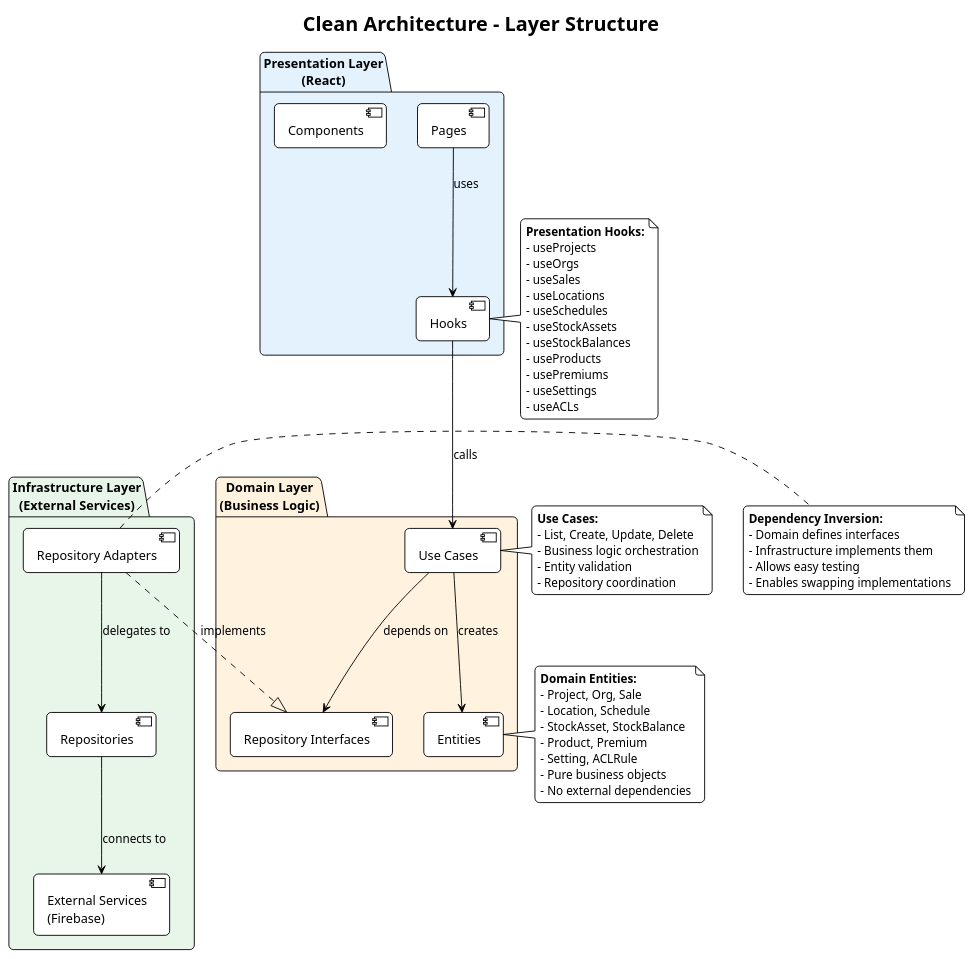
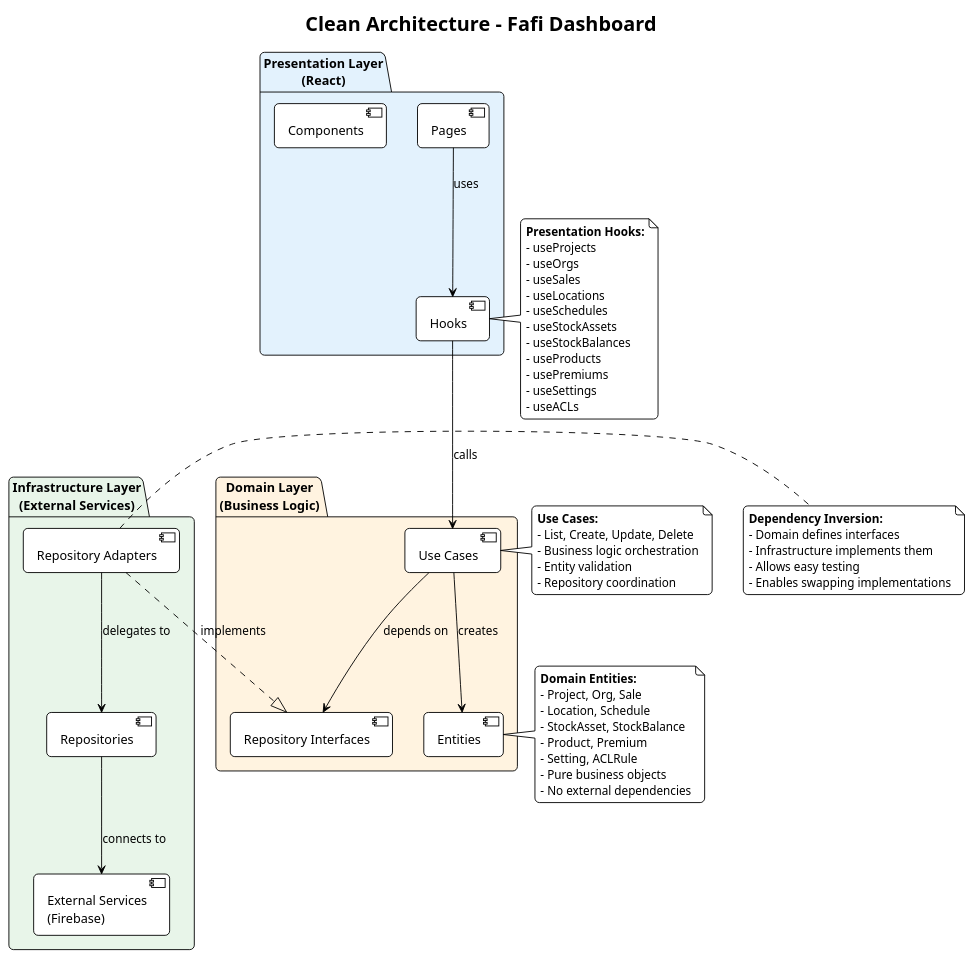
Before and after one commit to doanxuandong/fafi_dashboard: the diagram in docs/clean-architecture-layers.puml, drawn with PlantUML. The commit also changed 15 other files, not shown here.

```diff
--- a/docs/clean-architecture-layers.puml
+++ b/docs/clean-architecture-layers.puml
@@ -1,76 +1,76 @@
 @startuml Clean Architecture Layers
 !theme plain
 skinparam backgroundColor #FFFFFF
 skinparam roundcorner 10
 
-title Clean Architecture - Layer Structure
+title Clean Architecture - Fafi Dashboard
 
 package "Presentation Layer\n(React)" #E3F2FD {
     [Pages] as pages
     [Hooks] as hooks
     [Components] as components
 }
 
 package "Domain Layer\n(Business Logic)" #FFF3E0 {
     [Entities] as entities
     [Use Cases] as usecases
     [Repository Interfaces] as interfaces
 }
 
 package "Infrastructure Layer\n(External Services)" #E8F5E9 {
     [Repository Adapters] as adapters
     [Repositories] as repos
     [External Services\n(Firebase)] as external
 }
 
 pages --> hooks : uses
 hooks --> usecases : calls
 usecases --> entities : creates
 usecases --> interfaces : depends on
 adapters ..|> interfaces : implements
 adapters --> repos : delegates to
 repos --> external : connects to
 
 note right of hooks
   **Presentation Hooks:**
   - useProjects
   - useOrgs
   - useSales
   - useLocations
   - useSchedules
   - useStockAssets
   - useStockBalances
   - useProducts
   - usePremiums
   - useSettings
   - useACLs
 end note
 
 note right of usecases
   **Use Cases:**
   - List, Create, Update, Delete
   - Business logic orchestration
   - Entity validation
   - Repository coordination
 end note
 
 note right of entities
   **Domain Entities:**
   - Project, Org, Sale
   - Location, Schedule
   - StockAsset, StockBalance
   - Product, Premium
   - Setting, ACLRule
   - Pure business objects
   - No external dependencies
 end note
 
 note right of adapters
   **Dependency Inversion:**
   - Domain defines interfaces
   - Infrastructure implements them
   - Allows easy testing
   - Enables swapping implementations
 end note
 
 @enduml
```
